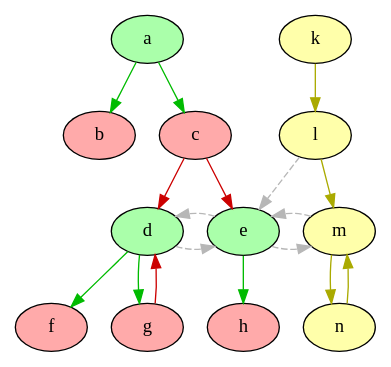
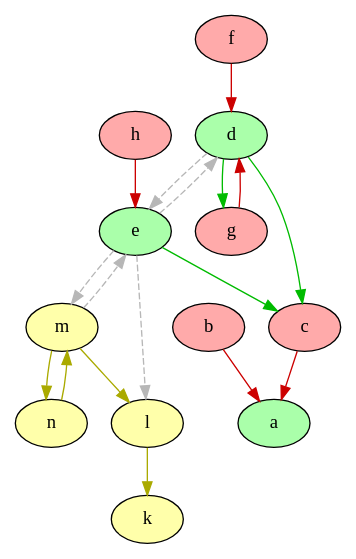
Before and after one commit to idaks/Games-and-Argumentation: the diagram in output/colored_edge_graph.dot, drawn with Graphviz. The commit also changed 12 other files, not shown here.

```diff
--- a/output/colored_edge_graph.dot
+++ b/output/colored_edge_graph.dot
@@ -1,49 +1,48 @@
 strict digraph "" {
+	b	[fillcolor="#FFAAAA",
+		style=filled];
 	a	[fillcolor="#AAFFAA",
 		style=filled];
-	b	[fillcolor="#FFAAAA",
-		style=filled];
-	a -> b	[color="#00BB00"];
+	b -> a	[color="#CC0000"];
 	c	[fillcolor="#FFAAAA",
 		style=filled];
-	a -> c	[color="#00BB00"];
+	c -> a	[color="#CC0000"];
+	l	[fillcolor="#FFFFAA",
+		style=filled];
+	k	[fillcolor="#FFFFAA",
+		style=filled];
+	l -> k	[color="#AAAA00"];
 	d	[fillcolor="#AAFFAA",
 		style=filled];
-	c -> d	[color="#CC0000"];
+	d -> c	[color="#00BB00"];
 	e	[fillcolor="#AAFFAA",
 		style=filled];
-	c -> e	[color="#CC0000"];
 	d -> e	[color="#b7b7b7",
 		style=dashed];
-	f	[fillcolor="#FFAAAA",
-		style=filled];
-	d -> f	[color="#00BB00"];
 	g	[fillcolor="#FFAAAA",
 		style=filled];
 	d -> g	[color="#00BB00"];
+	e -> c	[color="#00BB00"];
+	e -> l	[color="#b7b7b7",
+		style=dashed];
 	e -> d	[color="#b7b7b7",
 		style=dashed];
 	m	[fillcolor="#FFFFAA",
 		style=filled];
 	e -> m	[color="#b7b7b7",
 		style=dashed];
-	h	[fillcolor="#FFAAAA",
-		style=filled];
-	e -> h	[color="#00BB00"];
-	k	[fillcolor="#FFFFAA",
-		style=filled];
-	l	[fillcolor="#FFFFAA",
-		style=filled];
-	k -> l	[color="#AAAA00"];
-	l -> e	[color="#b7b7b7",
-		style=dashed];
-	l -> m	[color="#AAAA00"];
+	g -> d	[color="#CC0000"];
+	m -> l	[color="#AAAA00"];
 	m -> e	[color="#b7b7b7",
 		style=dashed];
 	n	[fillcolor="#FFFFAA",
 		style=filled];
 	m -> n	[color="#AAAA00"];
-	g -> d	[color="#CC0000"];
 	n -> m	[color="#AAAA00"];
-{rank=same; "d" "e" "m"}
+	f	[fillcolor="#FFAAAA",
+		style=filled];
+	f -> d	[color="#CC0000"];
+	h	[fillcolor="#FFAAAA",
+		style=filled];
+	h -> e	[color="#CC0000"];
 }
```
